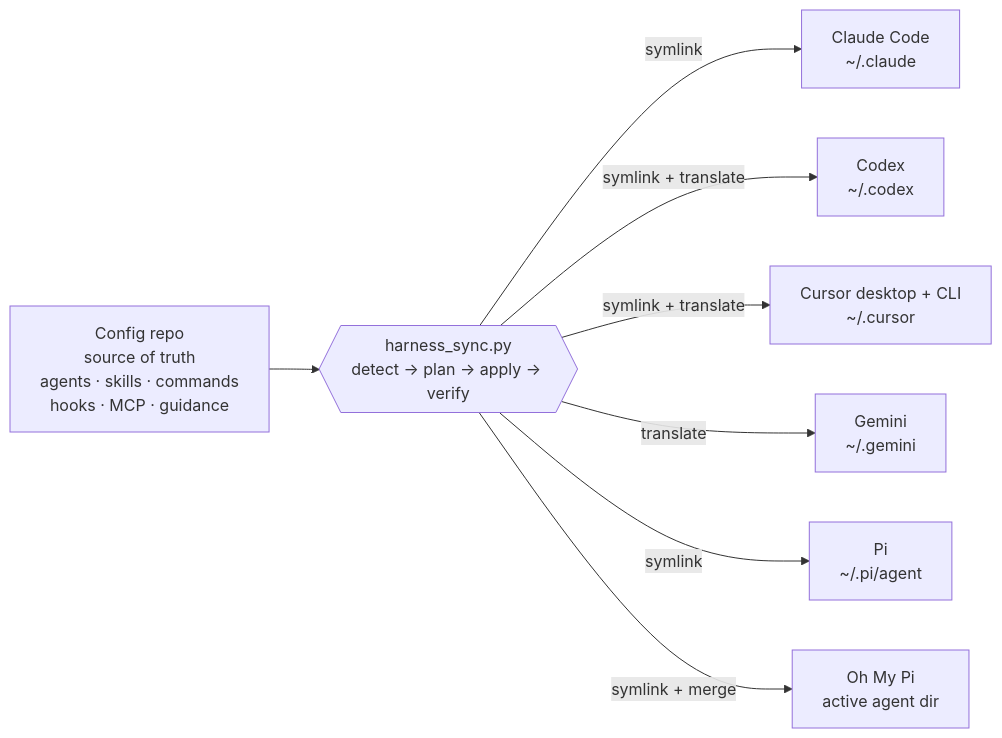
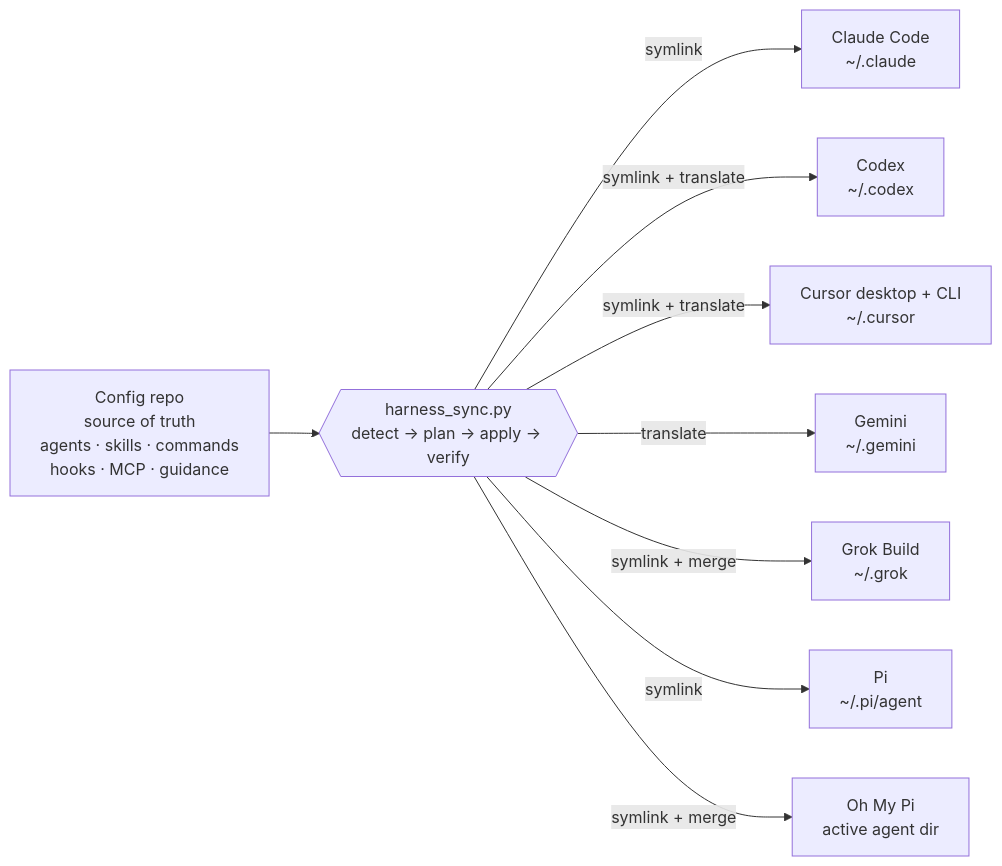
The diagram in README.md (Dhi13man/harness-sync), drawn with Mermaid before and after one commit. The commit also changed other lines of this file and 9 other files, not shown here.

First line of the commit message:
feat(harness-sync): project shared config into Grok Build (#11)

````diff
--- a/README.md
+++ b/README.md
@@ -91,12 +93,13 @@
 ```mermaid
 flowchart LR
     repo["Config repo<br/>source of truth<br/>agents · skills · commands<br/>hooks · MCP · guidance"]
     engine{{"harness_sync.py<br/>detect → plan → apply → verify"}}
     repo --> engine
     engine -->|"symlink"| claude["Claude Code<br/>~/.claude"]
     engine -->|"symlink + translate"| codex["Codex<br/>~/.codex"]
     engine -->|"symlink + translate"| cursor["Cursor desktop + CLI<br/>~/.cursor"]
     engine -->|"translate"| gemini["Gemini<br/>~/.gemini"]
+    engine -->|"symlink + merge"| grok["Grok Build<br/>~/.grok"]
     engine -->|"symlink"| pi["Pi<br/>~/.pi/agent"]
     engine -->|"symlink + merge"| omp["Oh My Pi<br/>active agent dir"]
 ```
````
